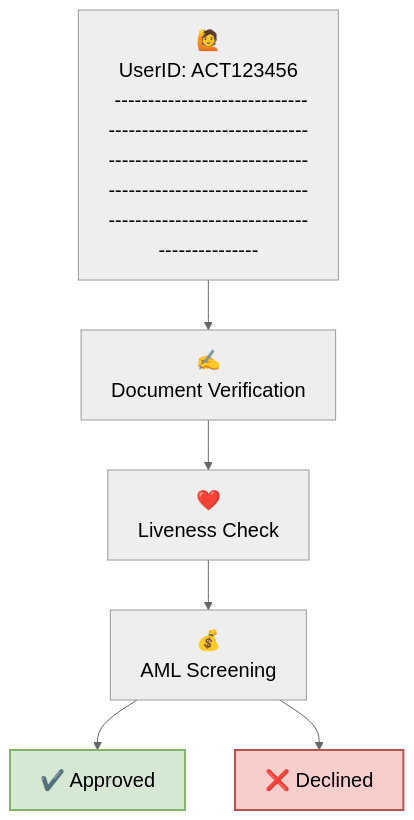
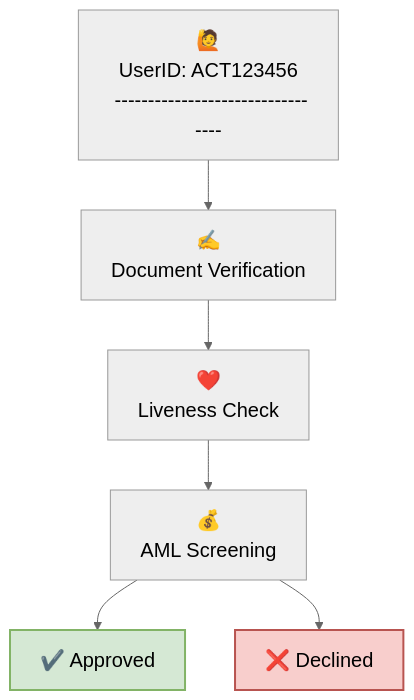
Before and after one commit to Fantastic-Devs/Mintlify: the diagram in id/id.mdx, drawn with Mermaid (neutral theme).

````diff
--- a/id/id.mdx
+++ b/id/id.mdx
@@ -17,28 +17,28 @@
 ```mermaid
 
 graph TB;
-    A["🙋<br />UserID: ACT123456<br> --------------------------------------------------------------------------------------------------------------------------------------------------------------------"]
+    A["🙋<br />UserID: ACT123456<br> ---------------------------------"]
     B["✍<br />Document Verification"];
     C["❤️<br />Liveness Check"];
     D["💰<br />AML Screening"];
     E["✔️ Approved"];
     F["❌ Declined"];
 
     A --> B;
     B --> C;
     C --> D;
     D --> E;
     D --> F;
     %% Classes
     classDef largeText font-size:20px;
     class A largeText;
     class B largeText;
     class C largeText;
     class D largeText;
     class E largeText;
     class F largeText;
  
     style E fill:#d5e8d4,stroke:#82b366,stroke-width:2px;
     style F fill:#f8cecc,stroke:#b85450,stroke-width:2px;
 
 ```
````
